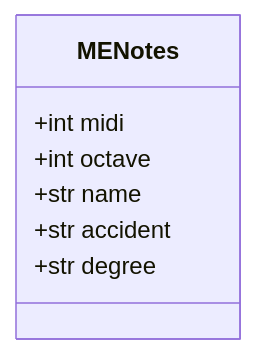
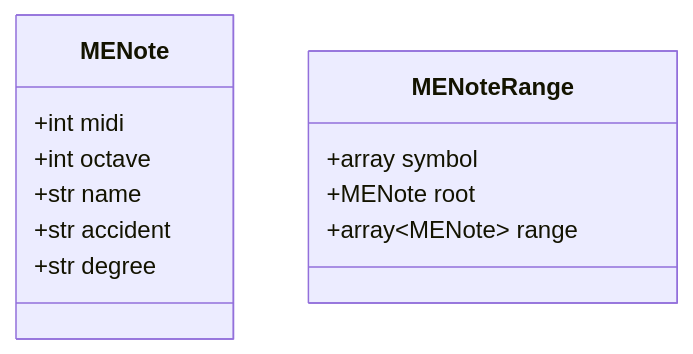
The diagram in README.md (iamsiriil/sc_musicengine), drawn with Mermaid before and after one commit.

````diff
--- a/README.md
+++ b/README.md
@@ -1,10 +1,16 @@
 ```mermaid
 classDiagram
-    class MENotes {
+    class MENote {
         +int midi
         +int octave
         +str name
         +str accident
         +str degree
     }
+
+    class MENoteRange {
+        +array symbol
+        +MENote root
+        +array~MENote~ range
+    }
 ```
````
